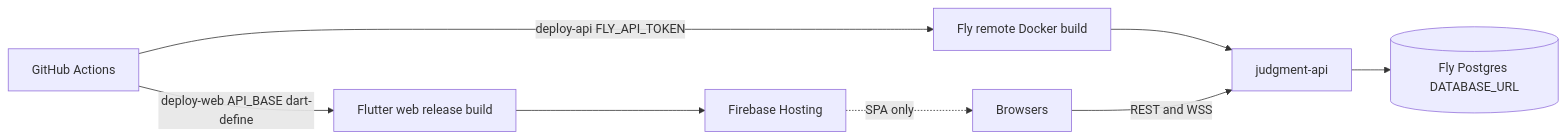
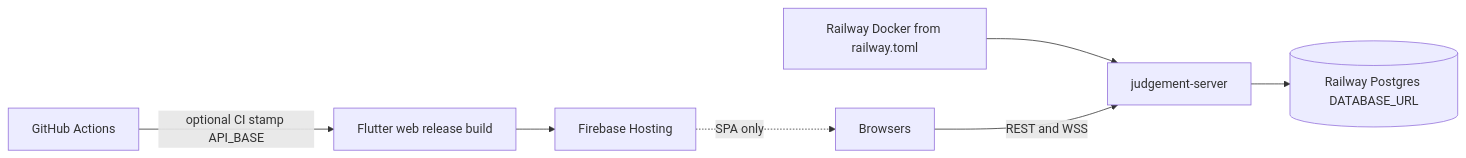
One commit to learnwithsobhit/judgment changed the fifth of 18 diagrams in docs/Architecture.md. Above: the diagram before and after it, drawn with Mermaid. The commit also changed other lines of this file and 5 other files, not shown here.

````diff
--- a/docs/Architecture.md
+++ b/docs/Architecture.md
@@ -184,15 +184,15 @@
 ```mermaid
 flowchart LR
   gh[GitHub Actions]
-  flyBuild[Fly remote Docker build]
+  railwayBuild[Railway Docker from railway.toml]
   fbBuild[Flutter web release build]
-  flyApp[judgment-api]
+  railwayApp[judgement-server]
   fbHost[Firebase Hosting]
-  db[(Fly Postgres DATABASE_URL)]
+  db[(Railway Postgres DATABASE_URL)]
 
-  gh -->|deploy-api FLY_API_TOKEN| flyBuild --> flyApp
-  gh -->|deploy-web API_BASE dart-define| fbBuild --> fbHost
-  flyApp --> db
+  gh -->|optional CI stamp API_BASE| fbBuild --> fbHost
+  railwayBuild --> railwayApp
+  railwayApp --> db
   fbHost -.->|SPA only| browsers[Browsers]
-  browsers -->|REST and WSS| flyApp
+  browsers -->|REST and WSS| railwayApp
 ```
````
